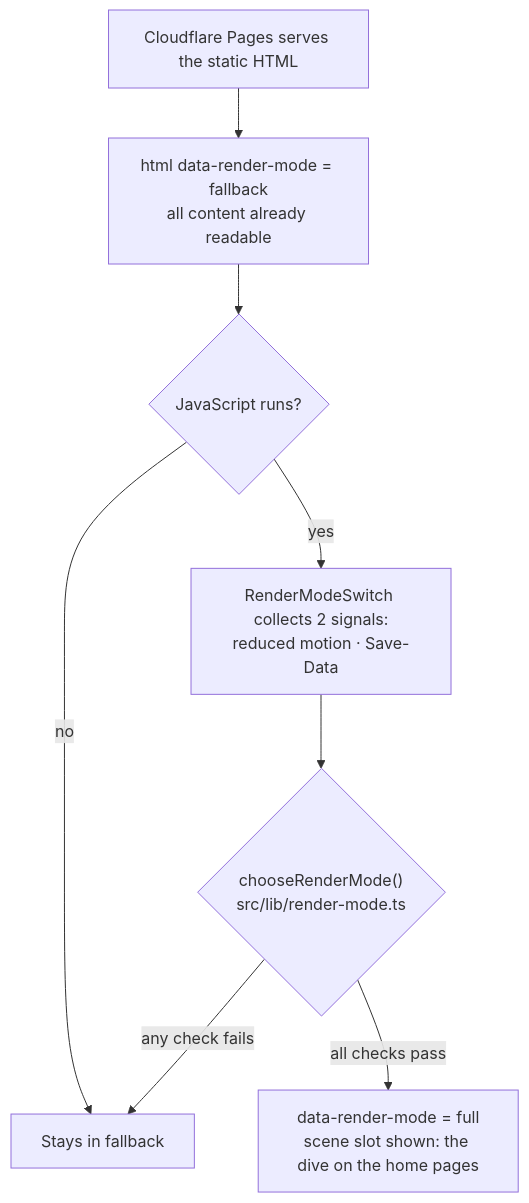
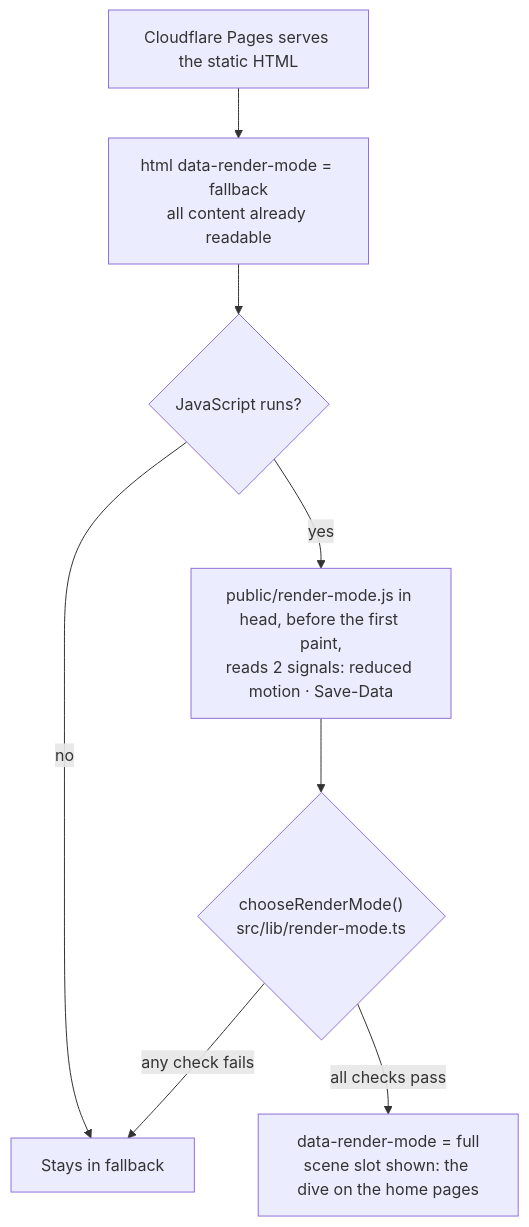
The first of 5 diagrams in docs/architecture.md (Halaszraymond/personal_site), drawn with Mermaid before and after one commit. The commit also changed other lines of this file and 6 other files, not shown here.

First line of the commit message:
fix: decide the render mode before the first paint

````diff
--- a/docs/architecture.md
+++ b/docs/architecture.md
@@ -63,10 +63,10 @@
 ```mermaid
 flowchart TD
     A[Cloudflare Pages serves the static HTML] --> B["html data-render-mode = fallback<br/>all content already readable"]
     B --> C{JavaScript runs?}
     C -- no --> F[Stays in fallback]
-    C -- yes --> D["RenderModeSwitch collects 2 signals:<br/>reduced motion · Save-Data"]
+    C -- yes --> D["public/render-mode.js in head, before the first paint,<br/>reads 2 signals: reduced motion · Save-Data"]
     D --> E{"chooseRenderMode()<br/>src/lib/render-mode.ts"}
     E -- any check fails --> F
     E -- all checks pass --> G["data-render-mode = full<br/>scene slot shown: the dive on the home pages"]
 ```
````
